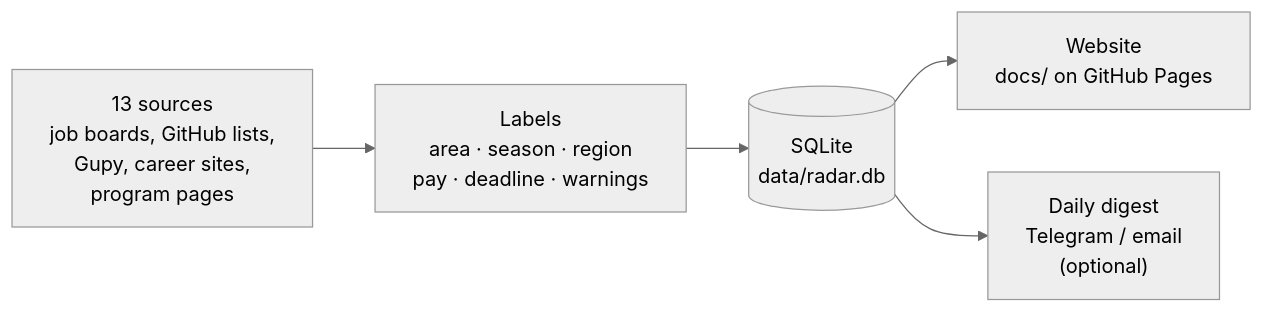
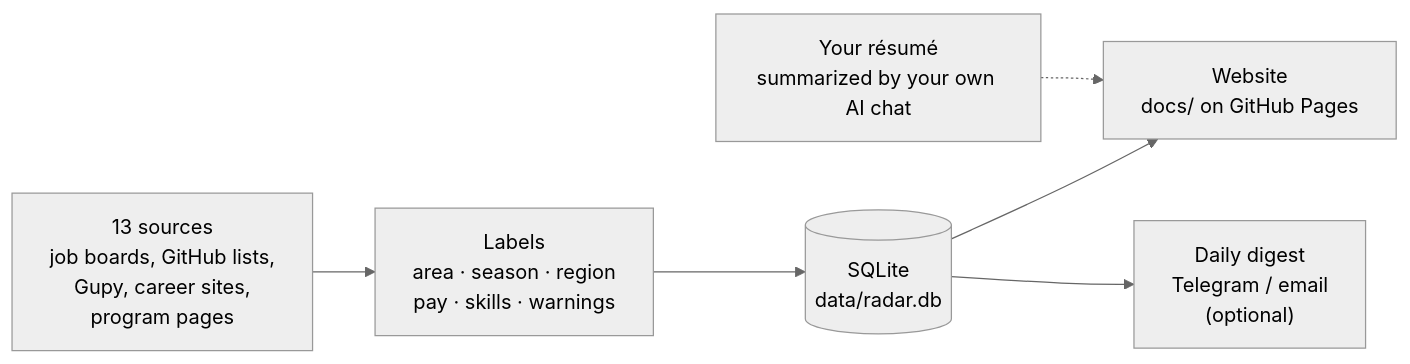
One commit to PedroCamargoLINCE/opportunity-radar changed the diagram in README.md. Above: the diagram before and after it, drawn with Mermaid (neutral theme). The commit also changed other lines of this file and 14 other files, not shown here.

````diff
--- a/README.md
+++ b/README.md
@@ -73,7 +75,8 @@
 ```mermaid
 flowchart LR
-    A["13 sources<br/>job boards, GitHub lists,<br/>Gupy, career sites,<br/>program pages"] --> B["Labels<br/>area · season · region<br/>pay · deadline · warnings"]
+    A["13 sources<br/>job boards, GitHub lists,<br/>Gupy, career sites,<br/>program pages"] --> B["Labels<br/>area · season · region<br/>pay · skills · warnings"]
     B --> C[("SQLite<br/>data/radar.db")]
+    R["Your résumé<br/>summarized by your own AI chat"] -.-> D
     C --> D["Website<br/>docs/ on GitHub Pages"]
     C --> E["Daily digest<br/>Telegram / email<br/>(optional)"]
 ```
````
